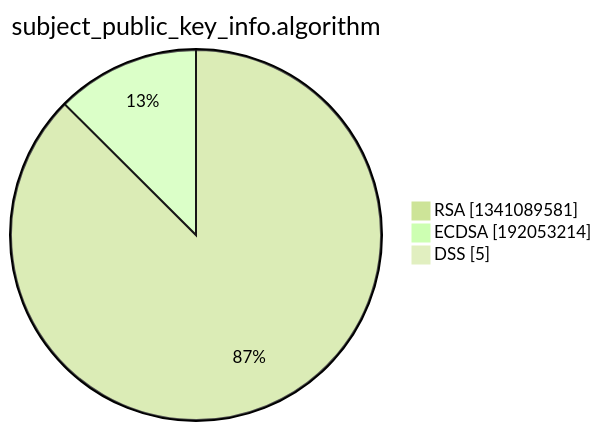
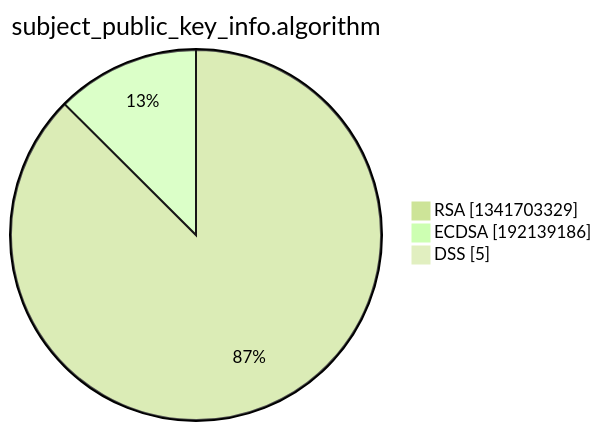
Before and after one commit to christiankrug/ctmonitor_visualization: the third of 15 diagrams in xenon2022/README.md, drawn with Mermaid (forest theme). The commit also changed other lines of this file, not shown here.

````diff
--- a/xenon2022/README.md
+++ b/xenon2022/README.md
@@ -14,7 +14,7 @@
 ```mermaid
 pie showData
 title subject_public_key_info.algorithm
-"RSA" :1341089581
-"ECDSA" :192053214
+"RSA" :1341703329
+"ECDSA" :192139186
 "DSS" :5
 ```
````
